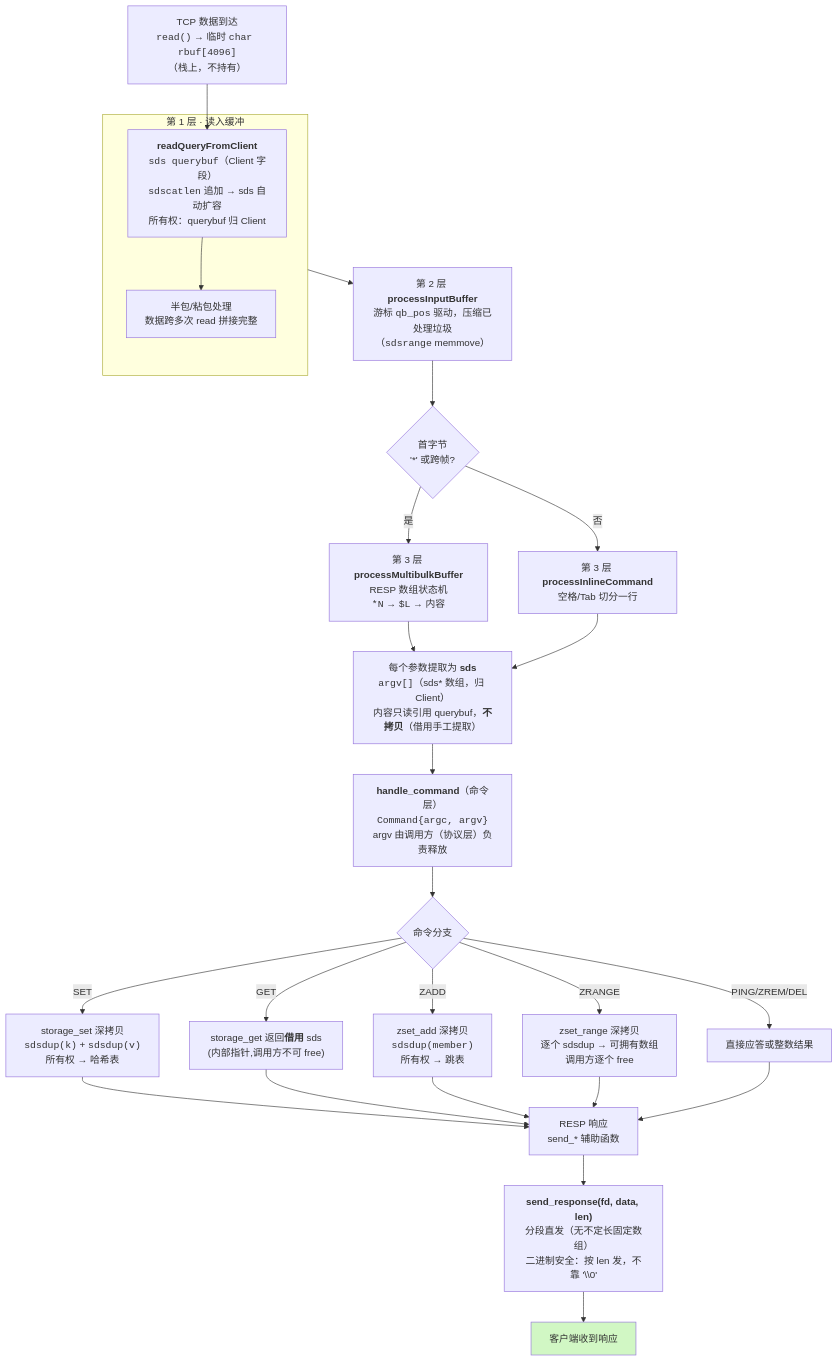
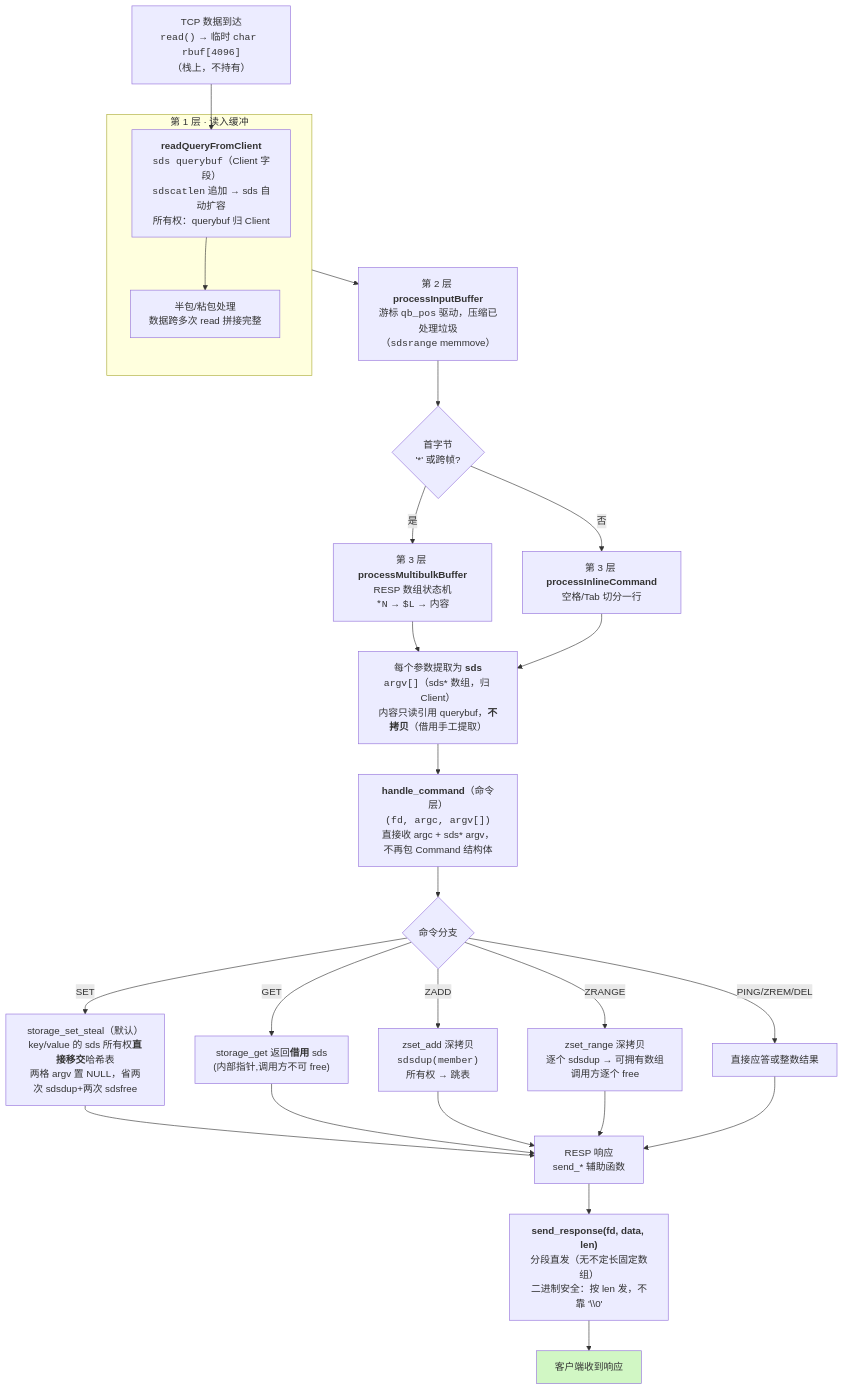
The diagram in README.md (huangguodong234/mini-redis), drawn with Mermaid before and after one commit. The commit also changed other lines of this file and 4 other files, not shown here.

First line of the commit message:
重构: 删除 Command 结构体, handle_command 直接收 (argc, argv); steal 所有权改为默认(去掉 STEAL_ARGV 开关)

````diff
--- a/README.md
+++ b/README.md
@@ -117,40 +117,40 @@
 ```mermaid
 flowchart TD
     A["TCP 数据到达<br/><code>read()</code> → 临时 <code>char rbuf[4096]</code><br/>（栈上，不持有）"] 
     --> B
 
     subgraph L1["第 1 层 · 读入缓冲"]
         B["<b>readQueryFromClient</b><br/><code>sds querybuf</code>（Client 字段）<br/><code>sdscatlen</code> 追加 → sds 自动扩容<br/>所有权：querybuf 归 Client"]
         B --> B1["半包/粘包处理<br/>数据跨多次 read 拼接完整"]
     end
 
     L1 --> L2["第 2 层 <b>processInputBuffer</b><br/>游标 <code>qb_pos</code> 驱动，压缩已处理垃圾<br/>（<code>sdsrange</code> memmove）"]
 
     L2 --> M{首字节<br/>'*' 或跨帧?}
     M -- "是" --> L3a["第 3 层 <b>processMultibulkBuffer</b><br/>RESP 数组状态机<br/><code>*N</code> → <code>$L</code> → 内容"]
     M -- "否" --> L3b["第 3 层 <b>processInlineCommand</b><br/>空格/Tab 切分一行"]
 
     L3a --> P["每个参数提取为 <b>sds</b><br/><code>argv[]</code>（sds* 数组，归 Client）<br/>内容只读引用 querybuf，<b>不拷贝</b>（借用手工提取）"]
     L3b --> P
 
-    P --> C["<b>handle_command</b>（命令层）<br/><code>Command{argc, argv}</code><br/>argv 由调用方（协议层）负责释放"]
+    P --> C["<b>handle_command</b>（命令层）<br/><code>(fd, argc, argv[])</code><br/>直接收 argc + sds* argv，不再包 Command 结构体"]
 
     C --> D{"命令分支"}
 
-    D -- "SET" --> S1["storage_set 深拷贝<br/><code>sdsdup(k)</code> + <code>sdsdup(v)</code><br/>所有权 → 哈希表"]
+    D -- "SET" --> S1["storage_set_steal（默认）<br/>key/value 的 sds 所有权<b>直接移交</b>哈希表<br/>两格 argv 置 NULL，省两次 sdsdup+两次 sdsfree"]
     D -- "GET" --> G1["storage_get 返回<b>借用</b> sds<br/>(内部指针,调用方不可 free)"]
     D -- "ZADD" --> Z1["zset_add 深拷贝<br/><code>sdsdup(member)</code><br/>所有权 → 跳表"]
     D -- "ZRANGE" --> Z2["zset_range 深拷贝<br/>逐个 sdsdup → 可拥有数组<br/>调用方逐个 free"]
     D -- "PING/ZREM/DEL" --> O1["直接应答或整数结果"]
 
     S1 --> R["RESP 响应<br/>send_* 辅助函数"]
     G1 --> R
     Z1 --> R
     Z2 --> R
     O1 --> R
 
     R --> S["<b>send_response(fd, data, len)</b><br/>分段直发（无不定长固定数组）<br/>二进制安全：按 len 发，不靠 '\\0'"]
     S --> E["客户端收到响应"]
 
     style E fill:#d1f7c4
 ```
````
